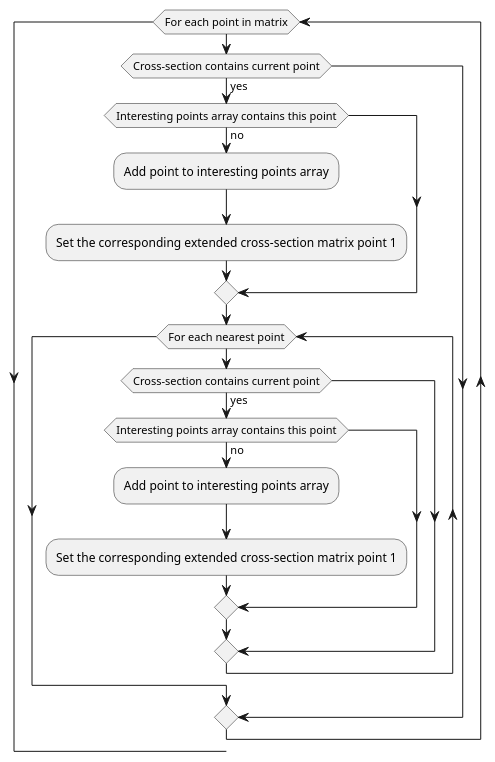
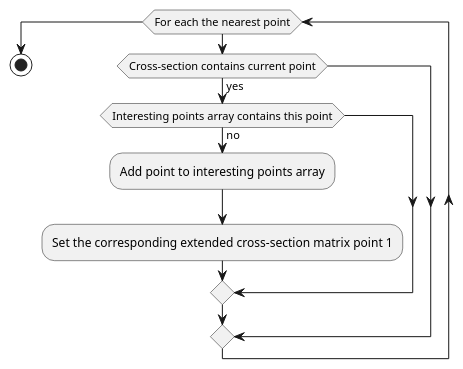
Before and after one commit to gnafit/gna: the second of 2 diagrams in doc/source/helperclasses/paraboloid.rst, drawn with PlantUML. The commit also changed other lines of this file, not shown here.

```diff
--- a/doc/source/helperclasses/paraboloid.rst
+++ b/doc/source/helperclasses/paraboloid.rst
@@ -56,20 +113,13 @@
-.. uml:: 
-   
+.. uml::
+
    @startuml
-	while(For each point in matrix)
-		if (Cross-section contains current point) then (yes)
-			if (Interesting points array contains this point) then (no)
-				:Add point to interesting points array;
-				:Set the corresponding extended cross-section matrix point 1;
-			endif
-			while (For each nearest point)
-				if (Cross-section contains current point) then (yes)
-					if (Interesting points array contains this point) then (no)
-						:Add point to interesting points array;
-						:Set the corresponding extended cross-section matrix point 1;
-					endif
-				endif
-			endwhile
-		endif
-	endwhile
+   while (For each the nearest point)
+   if (Cross-section contains current point) then (yes)
+   	if (Interesting points array contains this point) then (no)
+   		:Add point to interesting points array;
+   		:Set the corresponding extended cross-section matrix point 1;
+   	endif
+   endif
+   endwhile
+   stop
    @enduml
```
